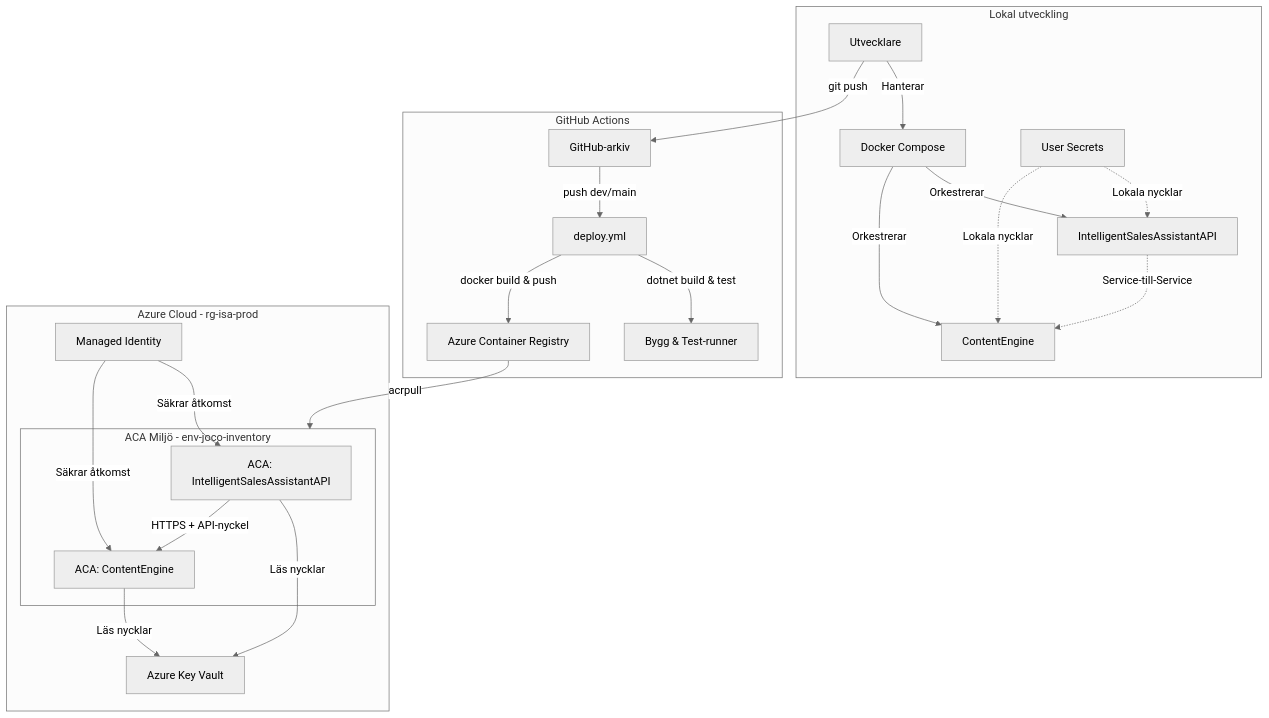
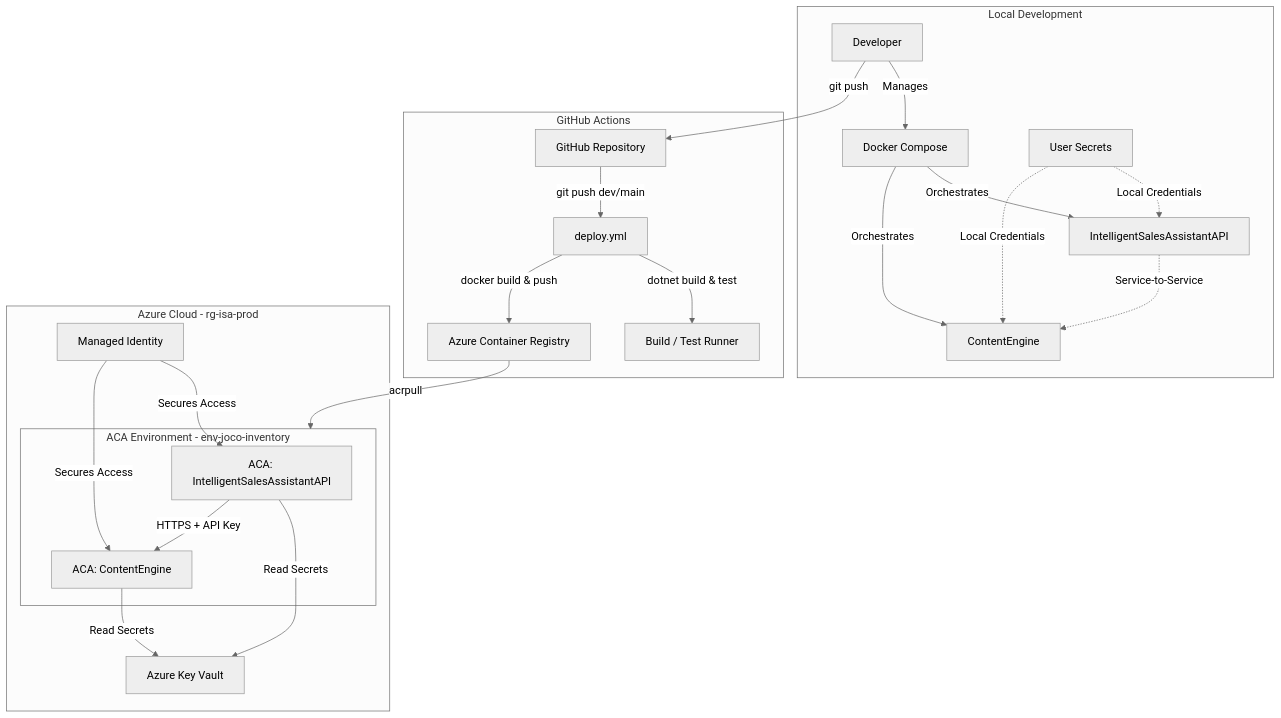
Before and after one commit to JocoBorghol/AI-Microservices: the diagram in README.md, drawn with Mermaid (neutral theme). The commit also changed other lines of this file and 4 other files, not shown here.

````diff
--- a/README.md
+++ b/README.md
@@ -15,40 +15,40 @@
 ```mermaid
 flowchart TD
-    subgraph Local [Lokal utveckling]
-        Dev[Utvecklare]
+    subgraph Local [Local Development]
+        Dev[Developer]
         Composer[Docker Compose]
         Secrets[User Secrets]
-        Dev -->|Hanterar| Composer
-        Composer -->|Orkestrerar| API_Local[IntelligentSalesAssistantAPI]
-        Composer -->|Orkestrerar| CE_Local[ContentEngine]
-        API_Local -.->|Service-till-Service| CE_Local
-        Secrets -.->|Lokala nycklar| API_Local
-        Secrets -.->|Lokala nycklar| CE_Local
+        Dev -->|Manages| Composer
+        Composer -->|Orchestrates| API_Local[IntelligentSalesAssistantAPI]
+        Composer -->|Orchestrates| CE_Local[ContentEngine]
+        API_Local -.->|Service-to-Service| CE_Local
+        Secrets -.->|Local Credentials| API_Local
+        Secrets -.->|Local Credentials| CE_Local
     end
 
     subgraph CI_CD [GitHub Actions]
-        Repo[GitHub-arkiv]
+        Repo[GitHub Repository]
         Workflow[deploy.yml]
-        Repo -->|push dev/main| Workflow
-        Workflow -->|dotnet build & test| Build[Bygg & Test-runner]
+        Repo -->|git push dev/main| Workflow
+        Workflow -->|dotnet build & test| Build[Build / Test Runner]
         Workflow -->|docker build & push| ACR[Azure Container Registry]
     end
 
     subgraph Azure [Azure Cloud - rg-isa-prod]
-        subgraph ACA_Env [ACA Miljö - env-joco-inventory]
+        subgraph ACA_Env [ACA Environment - env-joco-inventory]
             ACA_API[ACA: IntelligentSalesAssistantAPI]
             ACA_CE[ACA: ContentEngine]
         end
         KV[Azure Key Vault]
         MI[Managed Identity]
 
         ACR -->|acrpull| ACA_Env
-        MI -->|Säkrar åtkomst| ACA_API
-        MI -->|Säkrar åtkomst| ACA_CE
-        ACA_API -->|Läs nycklar| KV
-        ACA_CE -->|Läs nycklar| KV
-        ACA_API -->|HTTPS + API-nyckel| ACA_CE
+        MI -->|Secures Access| ACA_API
+        MI -->|Secures Access| ACA_CE
+        ACA_API -->|Read Secrets| KV
+        ACA_CE -->|Read Secrets| KV
+        ACA_API -->|HTTPS + API Key| ACA_CE
     end
 
     Dev -->|git push| Repo
 ```
````
